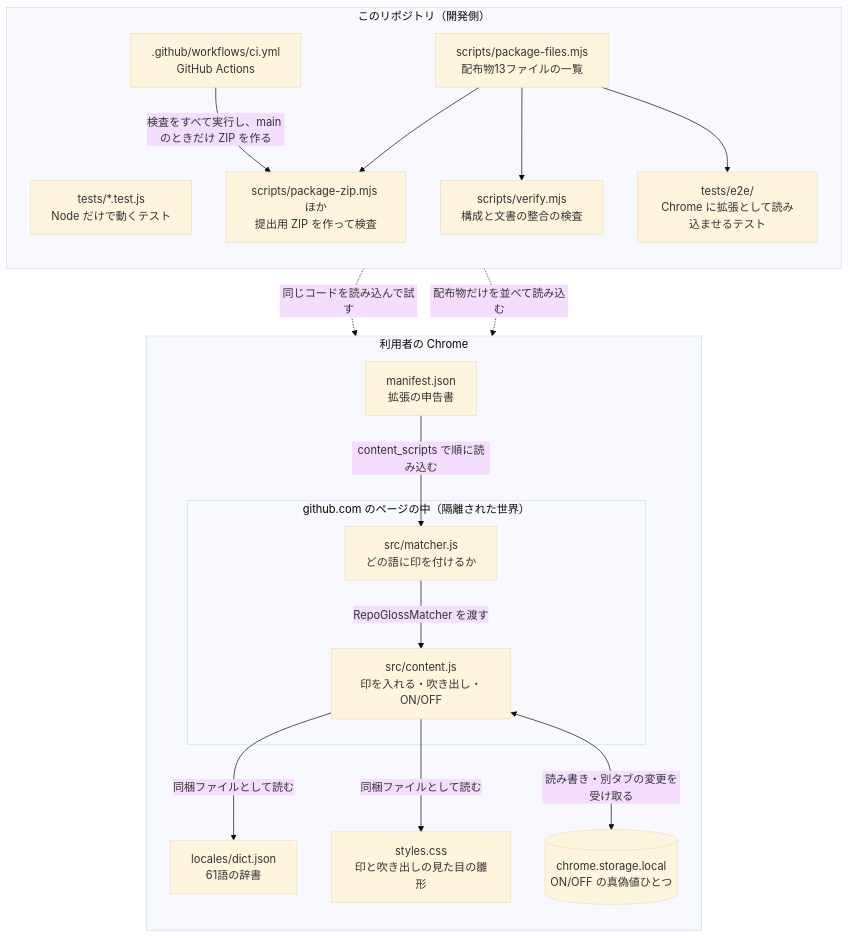
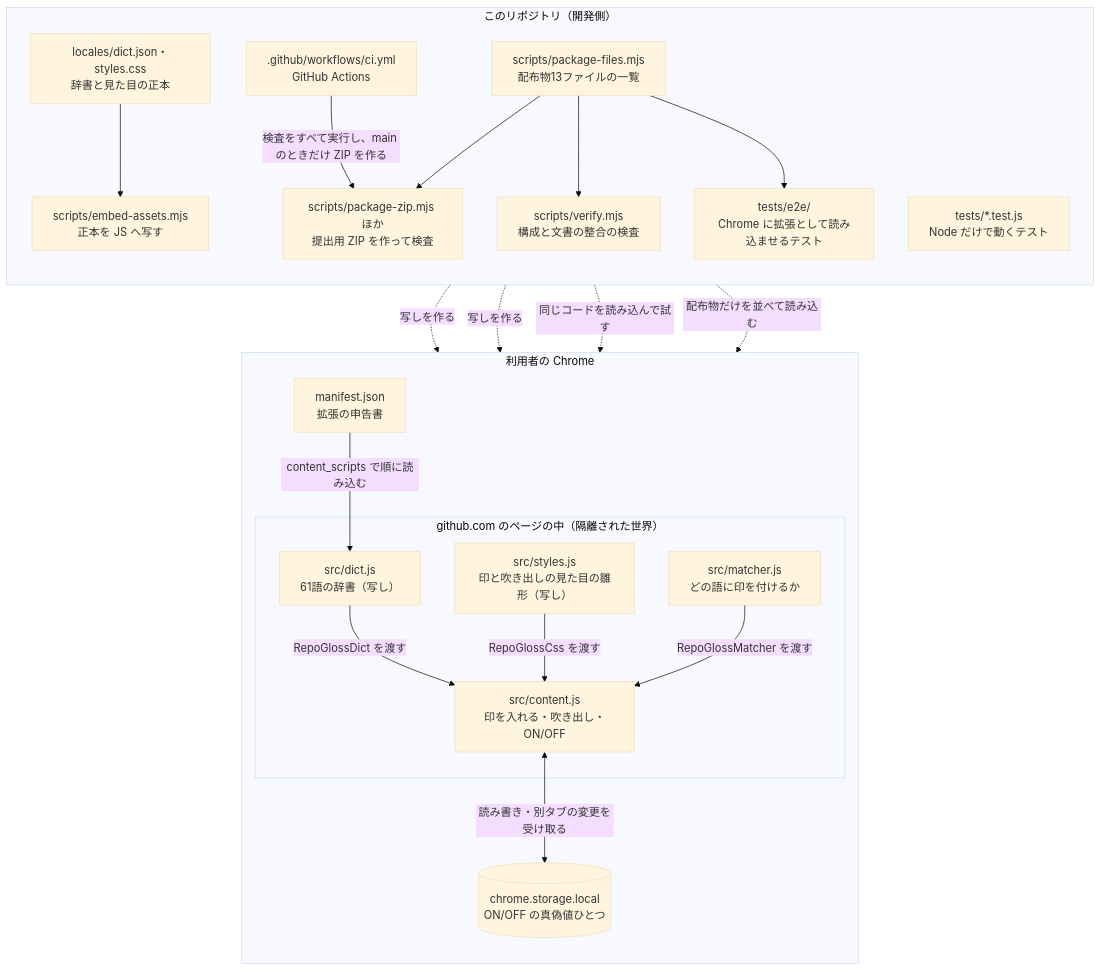
Before and after one commit to Driedsandwich/repogloss: the diagram in docs/ARCHITECTURE.md, drawn with Mermaid (base theme). The commit also changed other lines of this file and 2 other files, not shown here.

````diff
--- a/docs/ARCHITECTURE.md
+++ b/docs/ARCHITECTURE.md
@@ -21,36 +21,41 @@
 ```mermaid
 flowchart TB
   subgraph Browser["利用者の Chrome"]
     direction TB
     MF["manifest.json<br/>拡張の申告書"]
     subgraph Page["github.com のページの中（隔離された世界）"]
+      D["src/dict.js<br/>61語の辞書（写し）"]
+      S["src/styles.js<br/>印と吹き出しの見た目の雛形（写し）"]
       M["src/matcher.js<br/>どの語に印を付けるか"]
       C["src/content.js<br/>印を入れる・吹き出し・ON/OFF"]
     end
-    D["locales/dict.json<br/>61語の辞書"]
-    S["styles.css<br/>印と吹き出しの見た目の雛形"]
     ST[("chrome.storage.local<br/>ON/OFF の真偽値ひとつ")]
-    MF -->|"content_scripts で順に読み込む"| M
+    MF -->|"content_scripts で順に読み込む"| D
+    D -->|"RepoGlossDict を渡す"| C
+    S -->|"RepoGlossCss を渡す"| C
     M -->|"RepoGlossMatcher を渡す"| C
-    C -->|"同梱ファイルとして読む"| D
-    C -->|"同梱ファイルとして読む"| S
     C <-->|"読み書き・別タブの変更を受け取る"| ST
   end
 
   subgraph Repo["このリポジトリ（開発側）"]
     direction TB
+    SRC["locales/dict.json・styles.css<br/>辞書と見た目の正本"]
+    EA["scripts/embed-assets.mjs<br/>正本を JS へ写す"]
     T["tests/*.test.js<br/>Node だけで動くテスト"]
     E["tests/e2e/<br/>Chrome に拡張として読み込ませるテスト"]
     V["scripts/verify.mjs<br/>構成と文書の整合の検査"]
     PF["scripts/package-files.mjs<br/>配布物13ファイルの一覧"]
     PZ["scripts/package-zip.mjs ほか<br/>提出用 ZIP を作って検査"]
     CI[".github/workflows/ci.yml<br/>GitHub Actions"]
   end
 
+  SRC --> EA
+  EA -.->|"写しを作る"| D
+  EA -.->|"写しを作る"| S
   T -.->|"同じコードを読み込んで試す"| M
   E -.->|"配布物だけを並べて読み込む"| MF
   PF --> PZ
   PF --> V
   PF --> E
   CI -->|"検査をすべて実行し、main のときだけ ZIP を作る"| PZ
 ```
````
